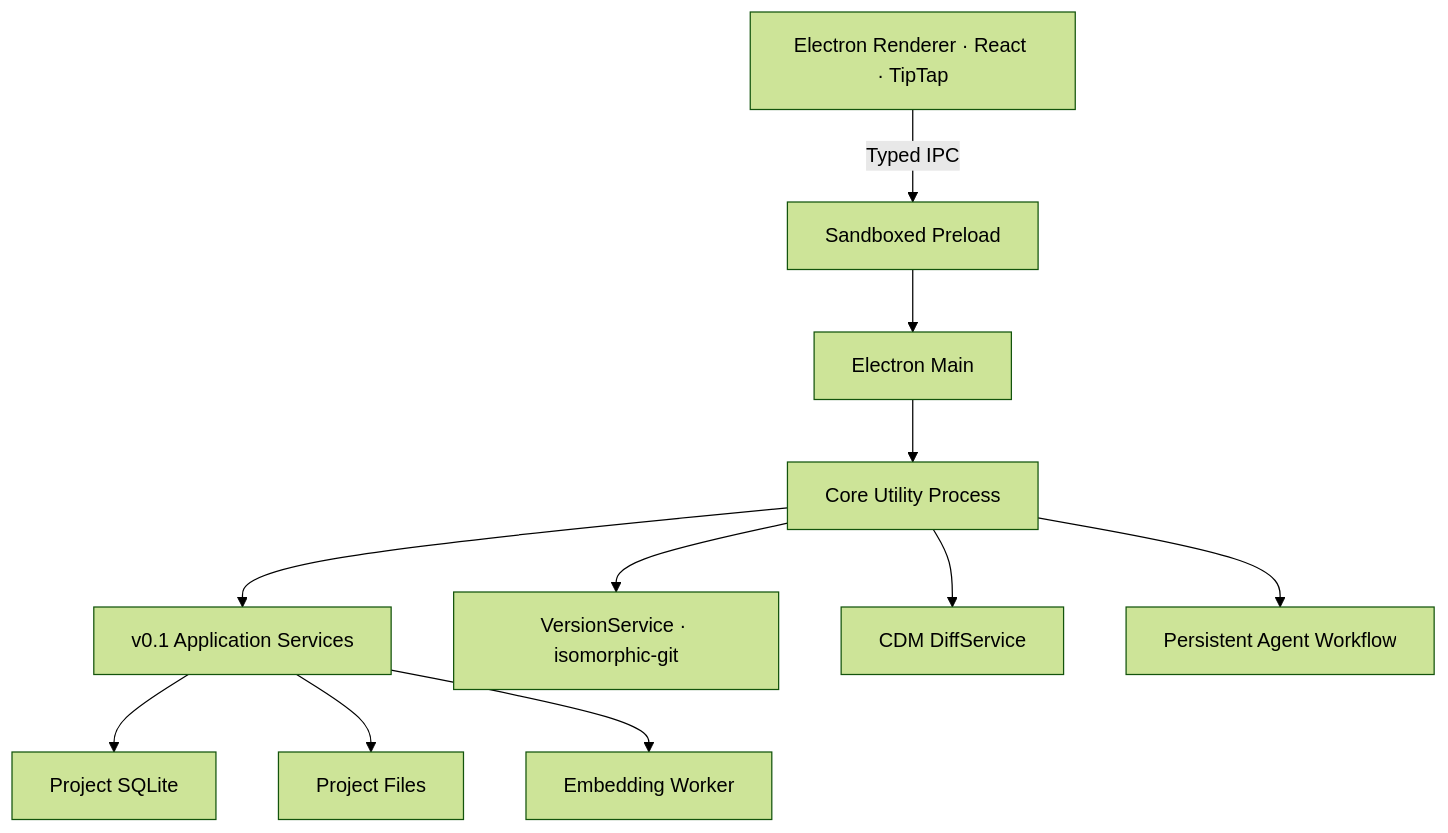
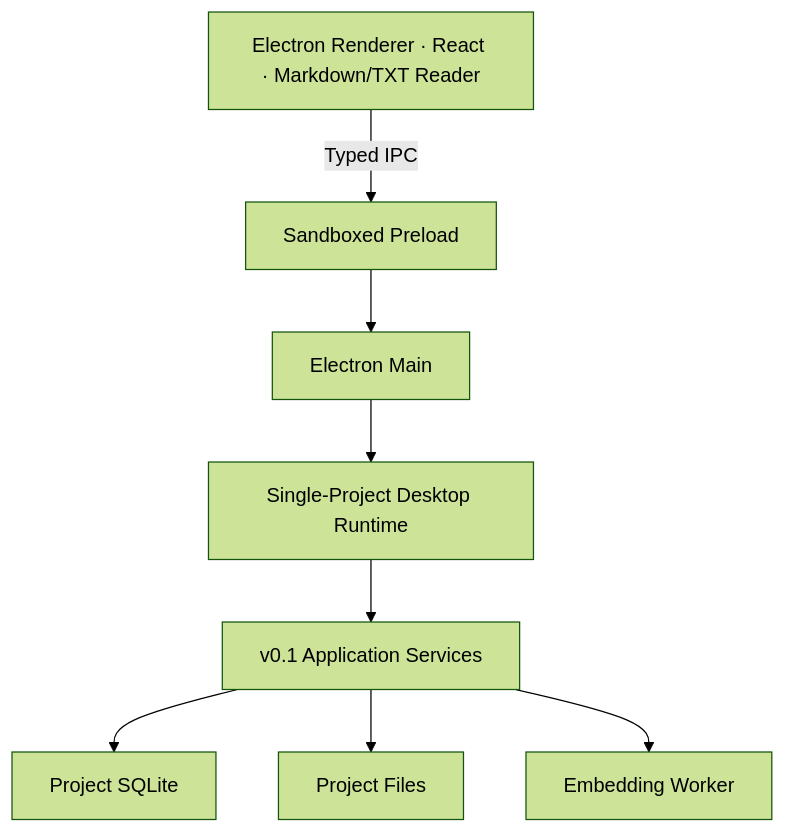
The third of 3 diagrams in docs/TECHNICAL_ARCHITECTURE.md (Mengman/CleoDoc), drawn with Mermaid (forest theme) before and after one commit. The commit also changed other lines of this file and 8 other files, not shown here.

````diff
--- a/docs/TECHNICAL_ARCHITECTURE.md
+++ b/docs/TECHNICAL_ARCHITECTURE.md
@@ -203,13 +203,10 @@
 ```mermaid
 flowchart TB
-    RENDERER["Electron Renderer · React · TipTap"] -->|"Typed IPC"| PRELOAD["Sandboxed Preload"]
+    RENDERER["Electron Renderer · React · Markdown/TXT Reader"] -->|"Typed IPC"| PRELOAD["Sandboxed Preload"]
     PRELOAD --> MAIN["Electron Main"]
-    MAIN --> CORE["Core Utility Process"]
-    CORE --> SERVICES["v0.1 Application Services"]
-    CORE --> VERSION["VersionService · isomorphic-git"]
-    CORE --> DIFF["CDM DiffService"]
-    CORE --> WORKFLOW["Persistent Agent Workflow"]
+    MAIN --> RUNTIME["Single-Project Desktop Runtime"]
+    RUNTIME --> SERVICES["v0.1 Application Services"]
     SERVICES --> DB["Project SQLite"]
     SERVICES --> FILES["Project Files"]
     SERVICES --> EMBED["Embedding Worker"]
 ```
````
